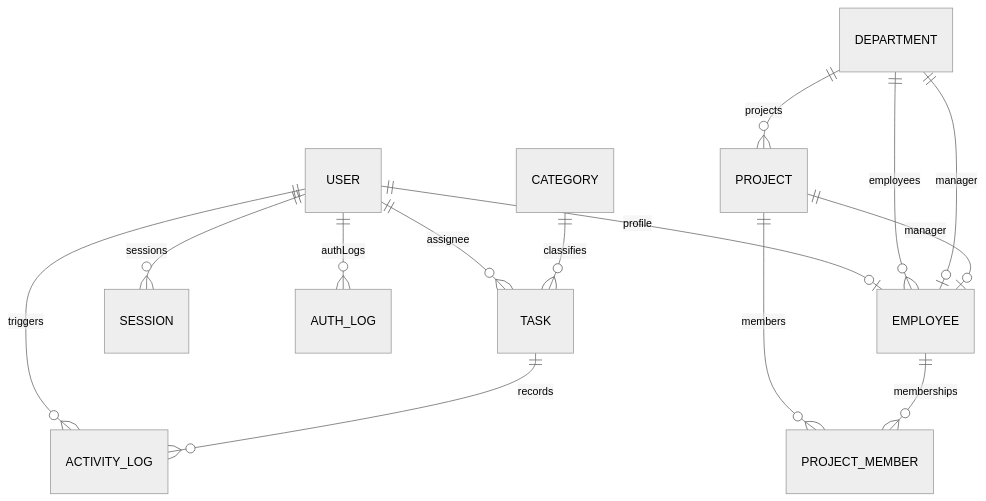
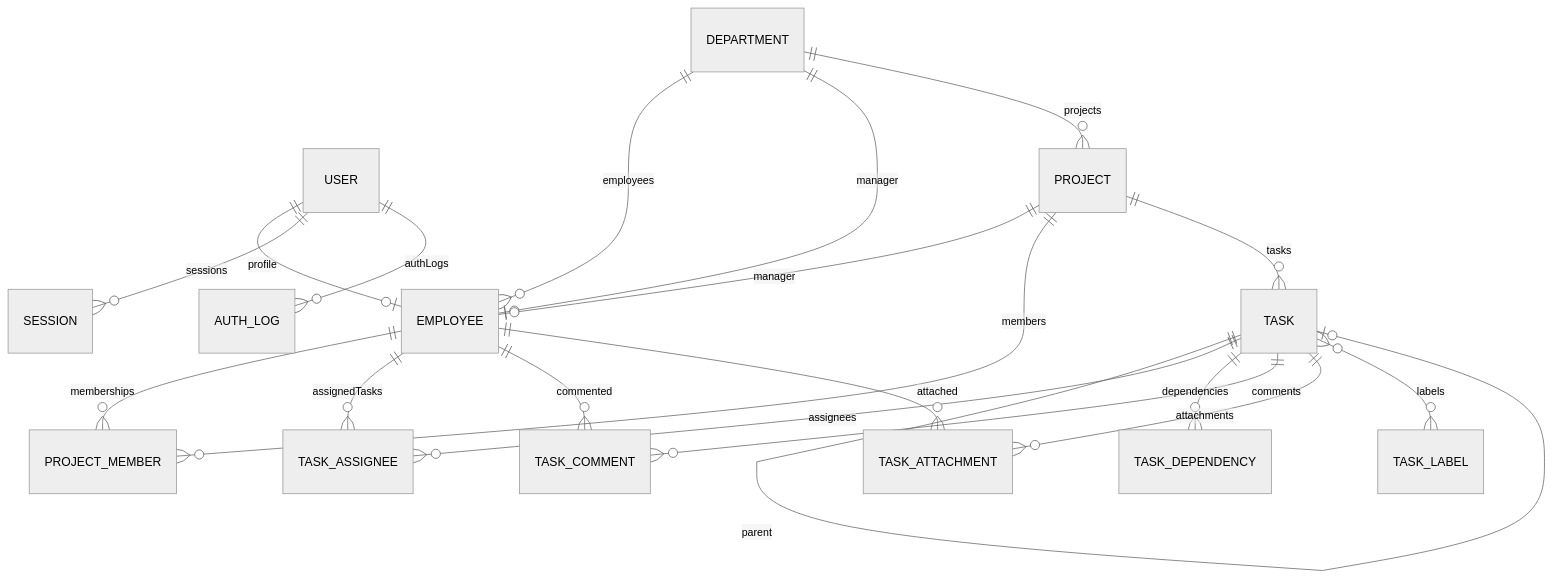
One commit to prakhar051/Task-Management-Portal changed the second of 2 diagrams in PROJECT_REPORT.md. Above: the diagram before and after it, drawn with Mermaid (neutral theme). The commit also changed other lines of this file and 33 other files, not shown here.

````diff
--- a/PROJECT_REPORT.md
+++ b/PROJECT_REPORT.md
@@ -88,16 +88,22 @@
 ```mermaid
 erDiagram
     USER ||--o| EMPLOYEE : "profile"
     USER ||--o{ SESSION : "sessions"
     USER ||--o{ AUTH_LOG : "authLogs"
     DEPARTMENT ||--o{ EMPLOYEE : "employees"
     DEPARTMENT ||--o| EMPLOYEE : "manager"
     DEPARTMENT ||--o{ PROJECT : "projects"
     PROJECT ||--o| EMPLOYEE : "manager"
     PROJECT ||--o{ PROJECT_MEMBER : "members"
     EMPLOYEE ||--o{ PROJECT_MEMBER : "memberships"
-    USER ||--o{ TASK : "assignee"
-    USER ||--o{ ACTIVITY_LOG : "triggers"
-    CATEGORY ||--o{ TASK : "classifies"
-    TASK ||--o{ ACTIVITY_LOG : "records"
+    PROJECT ||--o{ TASK : "tasks"
+    TASK ||--o| TASK : "parent"
+    TASK ||--o{ TASK_ASSIGNEE : "assignees"
+    EMPLOYEE ||--o{ TASK_ASSIGNEE : "assignedTasks"
+    TASK ||--o{ TASK_DEPENDENCY : "dependencies"
+    TASK ||--o{ TASK_COMMENT : "comments"
+    EMPLOYEE ||--o{ TASK_COMMENT : "commented"
+    TASK ||--o{ TASK_ATTACHMENT : "attachments"
+    EMPLOYEE ||--o{ TASK_ATTACHMENT : "attached"
+    TASK }o--o{ TASK_LABEL : "labels"
 ```
````
